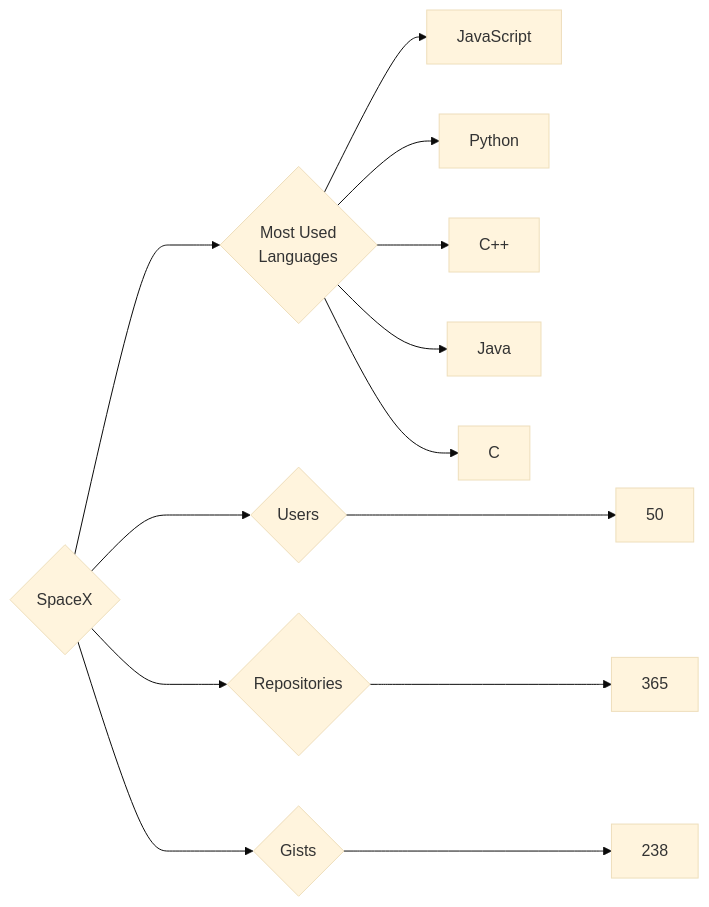
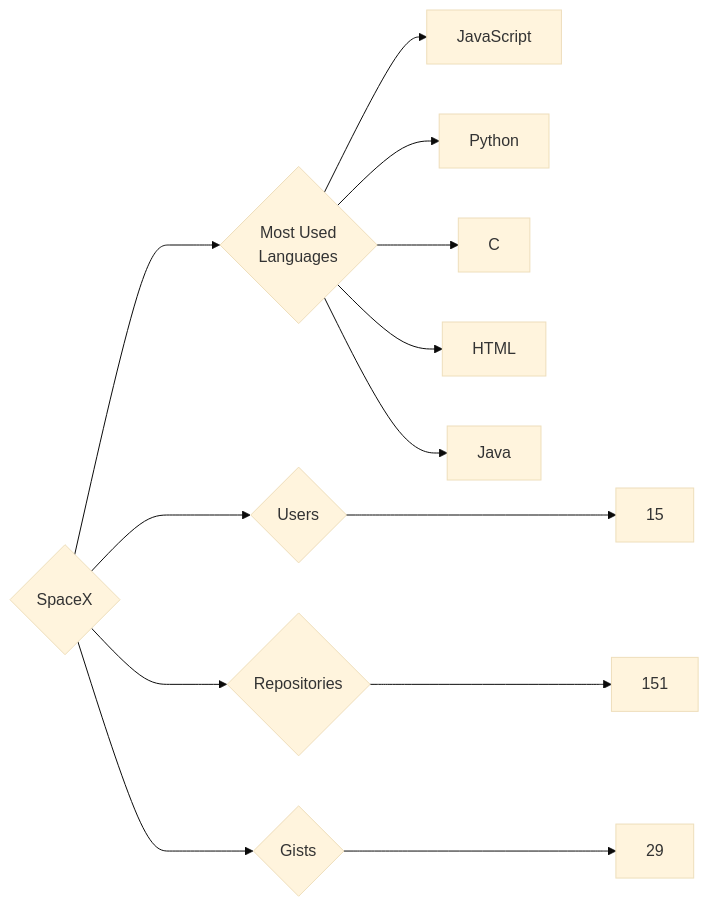
The diagram in targets/SpaceX/README.md (trickest/insiders), drawn with Mermaid (base theme) before and after one commit. The commit also changed 597 other files, not shown here.

````diff
--- a/targets/SpaceX/README.md
+++ b/targets/SpaceX/README.md
@@ -3,13 +3,13 @@
 ```mermaid
 graph LR
 COMPANY_NAME{SpaceX}
-COMPANY_NAME ---> U{Users} ---> UN[50]
-COMPANY_NAME ---> R{Repositories} ---> RN[365]
-COMPANY_NAME ---> G{Gists} ---> GN[238]
+COMPANY_NAME ---> U{Users} ---> UN[15]
+COMPANY_NAME ---> R{Repositories} ---> RN[151]
+COMPANY_NAME ---> G{Gists} ---> GN[29]
 COMPANY_NAME ---> ML{Most Used<br>Languages}
 ML --> JavaScript[JavaScript]
 ML --> Python[Python]
-ML --> C++[C++]
+ML --> C[C]
+ML --> HTML[HTML]
 ML --> Java[Java]
-ML --> C[C]
 ```
````
